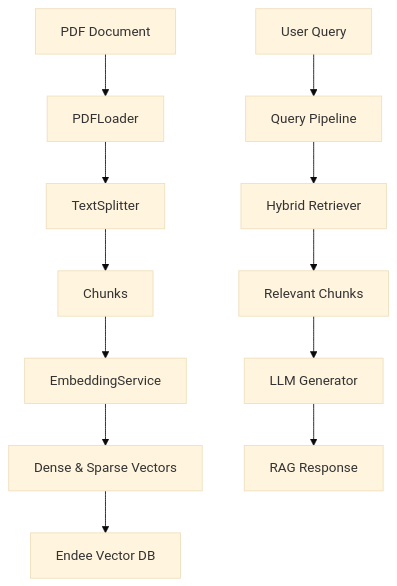
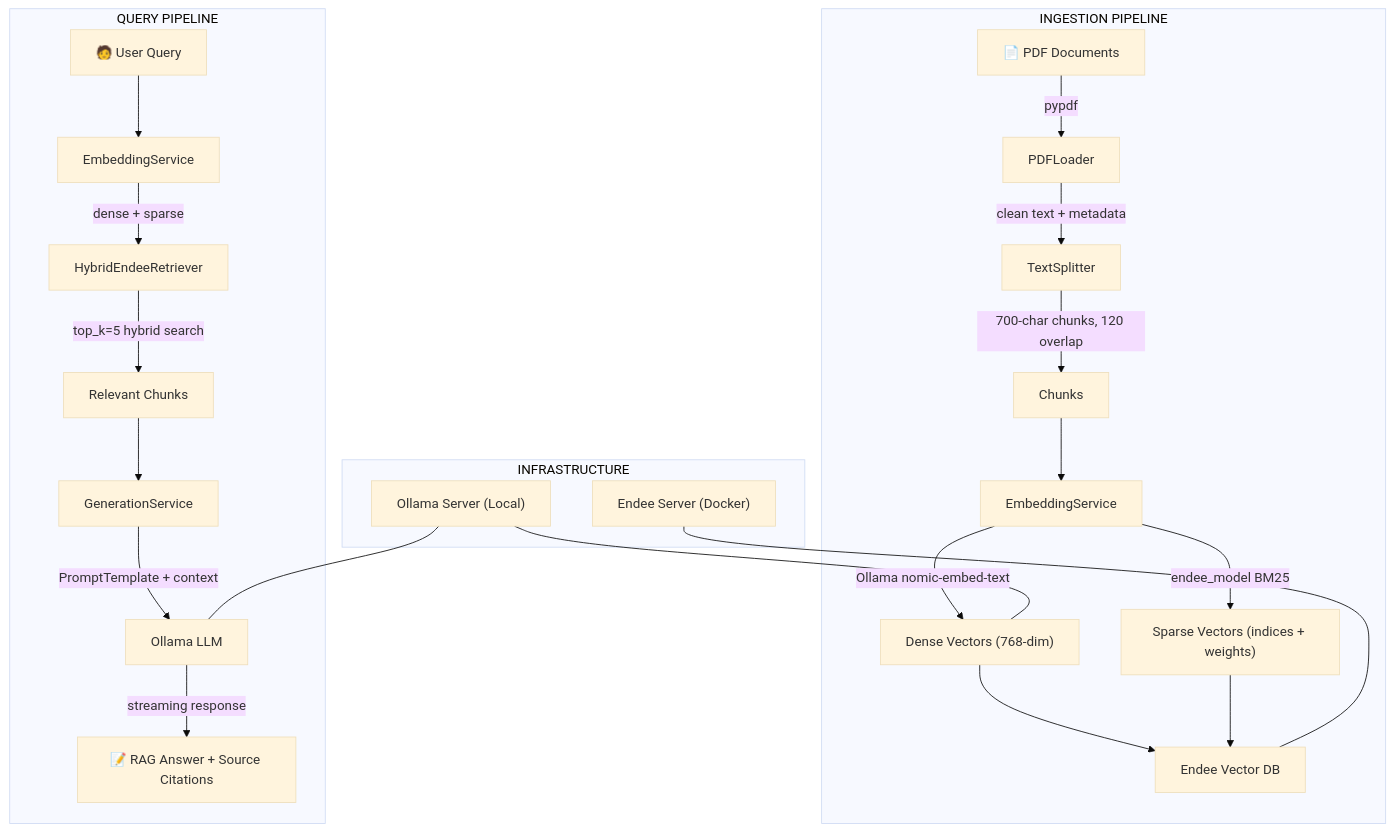
One commit to tamilselvan-asmltd/endee_vector_db_rag changed the diagram in README.md. Above: the diagram before and after it, drawn with Mermaid (base theme). The commit also changed other lines of this file and 3 other files, not shown here.

Commit message:
refactor: remove Dockerfile and update README with detailed architecture, project structure, and setup instructions

````diff
--- a/README.md
+++ b/README.md
@@ -7,15 +9,28 @@
 ```mermaid
 graph TD
-    A[PDF Document] --> B[PDFLoader]
-    B --> C[TextSplitter]
-    C --> D[Chunks]
-    D --> E[EmbeddingService]
-    E --> F[Dense & Sparse Vectors]
-    F --> G[Endee Vector DB]
-    
-    H[User Query] --> I[Query Pipeline]
-    I --> J[Hybrid Retriever]
-    J --> K[Relevant Chunks]
-    K --> L[LLM Generator]
-    L --> M[RAG Response]
+    subgraph "INGESTION PIPELINE"
+        A["📄 PDF Documents"] -->|pypdf| B["PDFLoader"]
+        B -->|"clean text + metadata"| C["TextSplitter"]
+        C -->|"700-char chunks, 120 overlap"| D["Chunks"]
+        D --> E["EmbeddingService"]
+        E -->|"Ollama nomic-embed-text"| F["Dense Vectors (768-dim)"]
+        E -->|"endee_model BM25"| G["Sparse Vectors (indices + weights)"]
+        F --> H["Endee Vector DB"]
+        G --> H
+    end
+
+    subgraph "QUERY PIPELINE"
+        I["🧑 User Query"] --> J["EmbeddingService"]
+        J -->|"dense + sparse"| K["HybridEndeeRetriever"]
+        K -->|"top_k=5 hybrid search"| L["Relevant Chunks"]
+        L --> M["GenerationService"]
+        M -->|"PromptTemplate + context"| N["Ollama LLM"]
+        N -->|"streaming response"| O["📝 RAG Answer + Source Citations"]
+    end
+
+    subgraph "INFRASTRUCTURE"
+        P["Endee Server (Docker)"] --- H
+        Q["Ollama Server (Local)"] --- F
+        Q --- N
+    end
 ```
````
